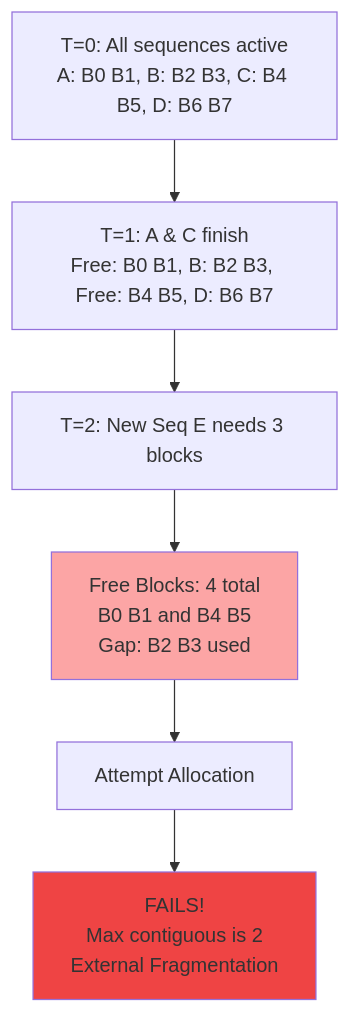
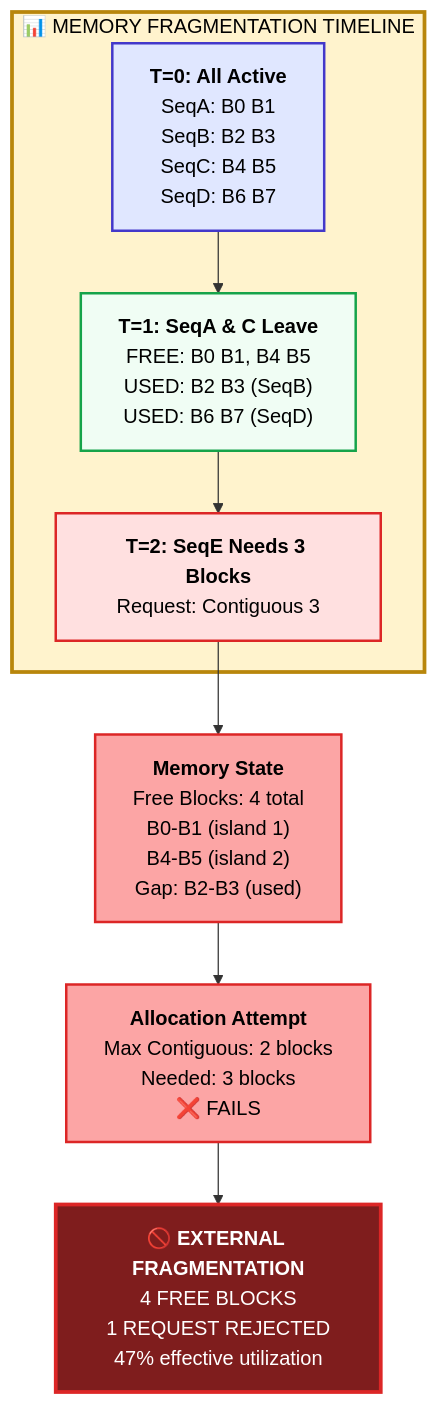
One commit to Shahriarin2garden/vllm_from_scratch changed the fourth of 9 diagrams in lab0.3/README.md. Above: the diagram before and after it, drawn with Mermaid. The commit also changed other lines of this file, not shown here.

Commit message:
Enhance Lab 0.3 README with detailed mermaid diagrams for KV cache operations, improving clarity and visual representation of memory management concepts.

````diff
--- a/lab0.3/README.md
+++ b/lab0.3/README.md
@@ -276,23 +295,25 @@
 ```mermaid
 graph TD
-    T0[T=0: All sequences active<br/>A: B0 B1, B: B2 B3, C: B4 B5, D: B6 B7]
+    subgraph TIMELINE["📊 MEMORY FRAGMENTATION TIMELINE"]
+        T0["<b>T=0: All Active</b><br/>SeqA: B0 B1<br/>SeqB: B2 B3<br/>SeqC: B4 B5<br/>SeqD: B6 B7"]
+        T1["<b>T=1: SeqA & C Leave</b><br/>FREE: B0 B1, B4 B5<br/>USED: B2 B3 (SeqB)<br/>USED: B6 B7 (SeqD)"]
+        T2["<b>T=2: SeqE Needs 3 Blocks</b><br/>Request: Contiguous 3"]
+    end
     
-    T1[T=1: A & C finish<br/>Free: B0 B1, B: B2 B3, Free: B4 B5, D: B6 B7]
+    FRAGSTAT["<b>Memory State</b><br/>Free Blocks: 4 total<br/>B0-B1 (island 1)<br/>B4-B5 (island 2)<br/>Gap: B2-B3 (used)"]
     
-    T2[T=2: New Seq E needs 3 blocks]
+    ATTEMPT["<b>Allocation Attempt</b><br/>Max Contiguous: 2 blocks<br/>Needed: 3 blocks<br/>❌ FAILS"]
     
-    FB[Free Blocks: 4 total<br/>B0 B1 and B4 B5<br/>Gap: B2 B3 used]
+    PROBLEM["<b style='color:#fff;font-size:14px'>🚫 EXTERNAL FRAGMENTATION</b><br/>4 FREE BLOCKS<br/>1 REQUEST REJECTED<br/>47% effective utilization"]
     
-    Attempt[Attempt Allocation]
+    T0 --> T1 --> T2 --> FRAGSTAT
+    FRAGSTAT --> ATTEMPT --> PROBLEM
     
-    Result[FAILS!<br/>Max contiguous is 2<br/>External Fragmentation]
-    
-    T0 --> T1
-    T1 --> T2
-    T2 --> FB
-    FB --> Attempt
-    Attempt --> Result
-    
-    style Result fill:#ef4444
-    style FB fill:#fca5a5
+    style TIMELINE fill:#fff3cd,stroke:#b8860b,stroke-width:3px,color:#000
+    style FRAGSTAT fill:#fca5a5,color:#000,stroke:#dc2626,stroke-width:2px
+    style ATTEMPT fill:#fca5a5,color:#000,stroke:#dc2626,stroke-width:2px
+    style PROBLEM fill:#7f1d1d,color:#fff,stroke:#dc2626,stroke-width:3px
+    style T0 fill:#e0e7ff,color:#000,stroke:#4338ca,stroke-width:2px
+    style T1 fill:#f0fdf4,color:#000,stroke:#16a34a,stroke-width:2px
+    style T2 fill:#ffe0e0,color:#000,stroke:#dc2626,stroke-width:2px
 ```
````
